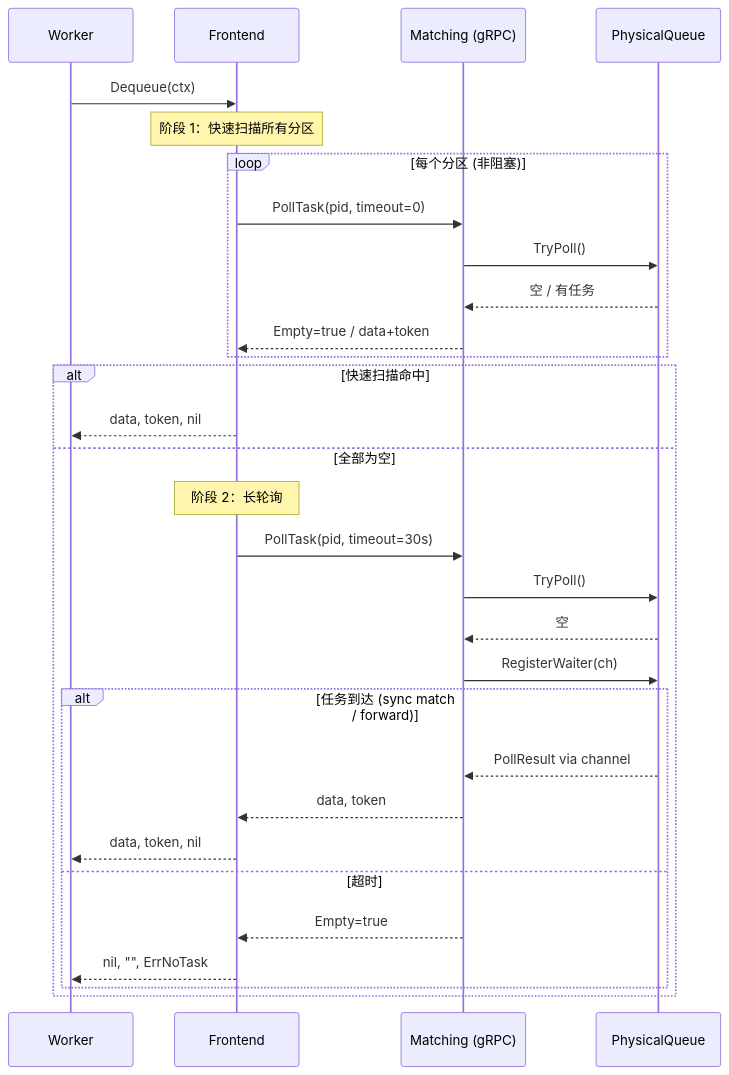
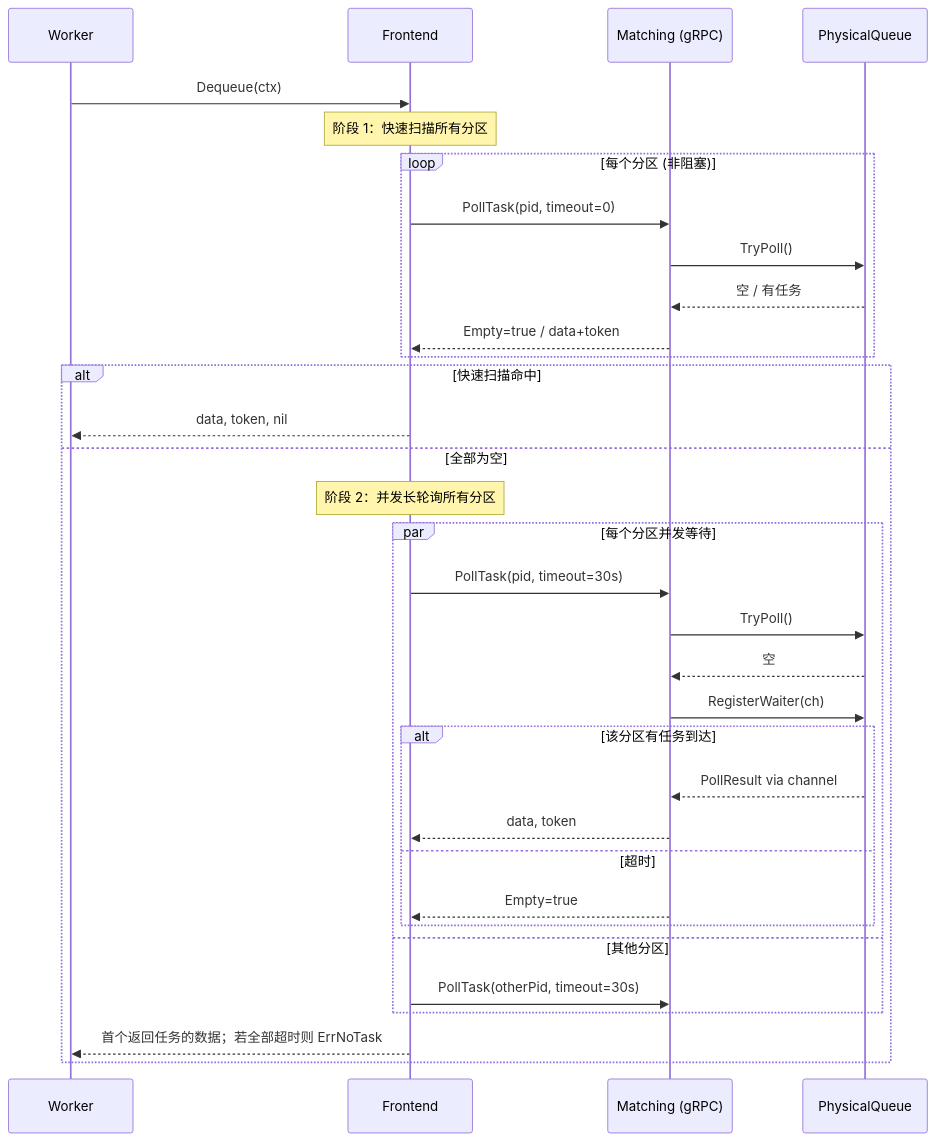
Before and after one commit to donutnomad/taskq: the seventh of 10 diagrams in README.md, drawn with Mermaid. The commit also changed other lines of this file and 17 other files, not shown here.

````diff
--- a/README.md
+++ b/README.md
@@ -249,36 +249,38 @@
 ```mermaid
 sequenceDiagram
     participant W as Worker
     participant F as Frontend
     participant M as Matching (gRPC)
     participant PQ as PhysicalQueue
 
     W->>F: Dequeue(ctx)
 
     Note over F: 阶段 1：快速扫描所有分区
     loop 每个分区 (非阻塞)
         F->>M: PollTask(pid, timeout=0)
         M->>PQ: TryPoll()
         PQ-->>M: 空 / 有任务
         M-->>F: Empty=true / data+token
     end
 
     alt 快速扫描命中
         F-->>W: data, token, nil
     else 全部为空
-        Note over F: 阶段 2：长轮询
-        F->>M: PollTask(pid, timeout=30s)
-        M->>PQ: TryPoll()
-        PQ-->>M: 空
-        M->>PQ: RegisterWaiter(ch)
-
-        alt 任务到达 (sync match / forward)
-            PQ-->>M: PollResult via channel
-            M-->>F: data, token
-            F-->>W: data, token, nil
-        else 超时
-            M-->>F: Empty=true
-            F-->>W: nil, "", ErrNoTask
+        Note over F: 阶段 2：并发长轮询所有分区
+        par 每个分区并发等待
+            F->>M: PollTask(pid, timeout=30s)
+            M->>PQ: TryPoll()
+            PQ-->>M: 空
+            M->>PQ: RegisterWaiter(ch)
+            alt 该分区有任务到达
+                PQ-->>M: PollResult via channel
+                M-->>F: data, token
+            else 超时
+                M-->>F: Empty=true
+            end
+        and 其他分区
+            F->>M: PollTask(otherPid, timeout=30s)
         end
+        F-->>W: 首个返回任务的数据；若全部超时则 ErrNoTask
     end
 ```
````
